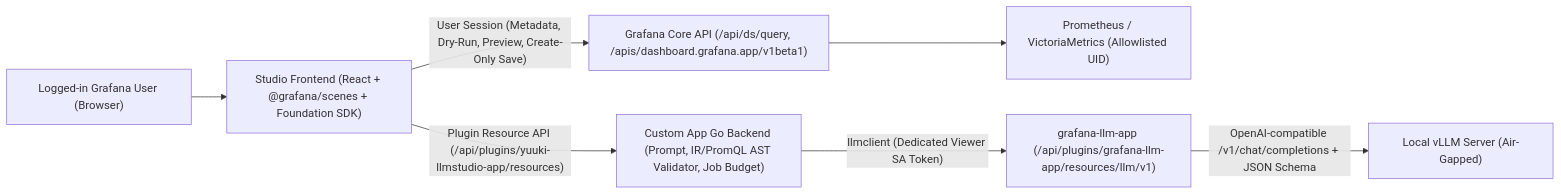
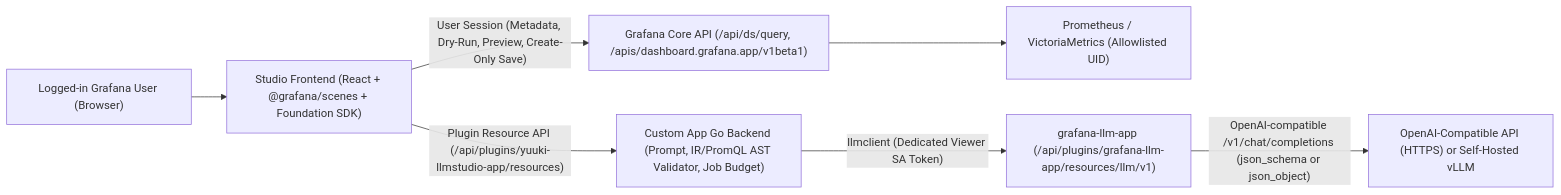
Before and after one commit to yuuki/grafana-llm-studio-app: the diagram in README.md, drawn with Mermaid. The commit also changed other lines of this file and 17 other files, not shown here.

Commit message:
feat: support internet OpenAI-compatible APIs via grafana-llm-app and balance deployment docs

````diff
--- a/README.md
+++ b/README.md
@@ -26,17 +27,17 @@
 ```mermaid
 flowchart LR
   User["Logged-in Grafana User (Browser)"]
   FE["Studio Frontend (React + @grafana/scenes + Foundation SDK)"]
   Prom["Prometheus / VictoriaMetrics (Allowlisted UID)"]
   GFAPI["Grafana Core API (/api/ds/query, /apis/dashboard.grafana.app/v1beta1)"]
   BE["Custom App Go Backend (Prompt, IR/PromQL AST Validator, Job Budget)"]
   LLMApp["grafana-llm-app (/api/plugins/grafana-llm-app/resources/llm/v1)"]
-  vLLM["Local vLLM Server (Air-Gapped)"]
+  LLMBackend["OpenAI-Compatible API (HTTPS) or Self-Hosted vLLM"]
 
   User --> FE
   FE -->|"User Session (Metadata, Dry-Run, Preview, Create-Only Save)"| GFAPI
   GFAPI --> Prom
   FE -->|"Plugin Resource API (/api/plugins/yuuki-llmstudio-app/resources)"| BE
   BE -->|"llmclient (Dedicated Viewer SA Token)"| LLMApp
-  LLMApp -->|"OpenAI-compatible /v1/chat/completions + JSON Schema"| vLLM
+  LLMApp -->|"OpenAI-compatible /v1/chat/completions (json_schema or json_object)"| LLMBackend
 ```
````
